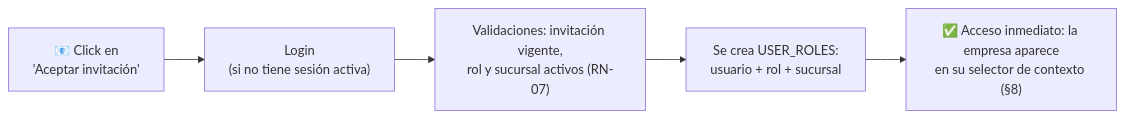
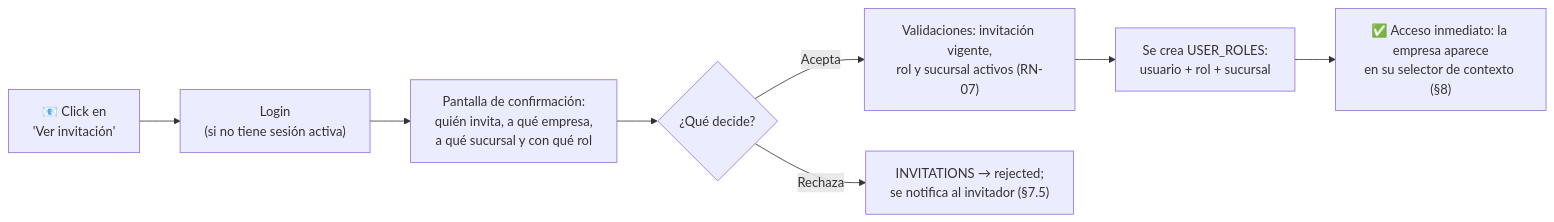
One commit to Franco98404/database-guidelines changed the tenth of 13 diagrams in database-guidelines.md. Above: the diagram before and after it, drawn with Mermaid. The commit also changed other lines of this file, not shown here.

````diff
--- a/database-guidelines.md
+++ b/database-guidelines.md
@@ -484,7 +539,10 @@
 ```mermaid
 flowchart LR
-    A["📧 Click en<br/>'Aceptar invitación'"] --> B["Login<br/>(si no tiene sesión activa)"]
-    B --> C["Validaciones: invitación vigente,<br/>rol y sucursal activos (RN-07)"]
-    C --> D["Se crea USER_ROLES:<br/>usuario + rol + sucursal"]
-    D --> E["✅ Acceso inmediato: la empresa aparece<br/>en su selector de contexto (§8)"]
+    A["📧 Click en<br/>'Ver invitación'"] --> B["Login<br/>(si no tiene sesión activa)"]
+    B --> C["Pantalla de confirmación:<br/>quién invita, a qué empresa,<br/>a qué sucursal y con qué rol"]
+    C --> D{"¿Qué decide?"}
+    D -- "Acepta" --> E["Validaciones: invitación vigente,<br/>rol y sucursal activos (RN-07)"]
+    E --> F["Se crea USER_ROLES:<br/>usuario + rol + sucursal"]
+    F --> G["✅ Acceso inmediato: la empresa aparece<br/>en su selector de contexto (§8)"]
+    D -- "Rechaza" --> H["INVITATIONS → rejected;<br/>se notifica al invitador (§7.5)"]
 ```
````
